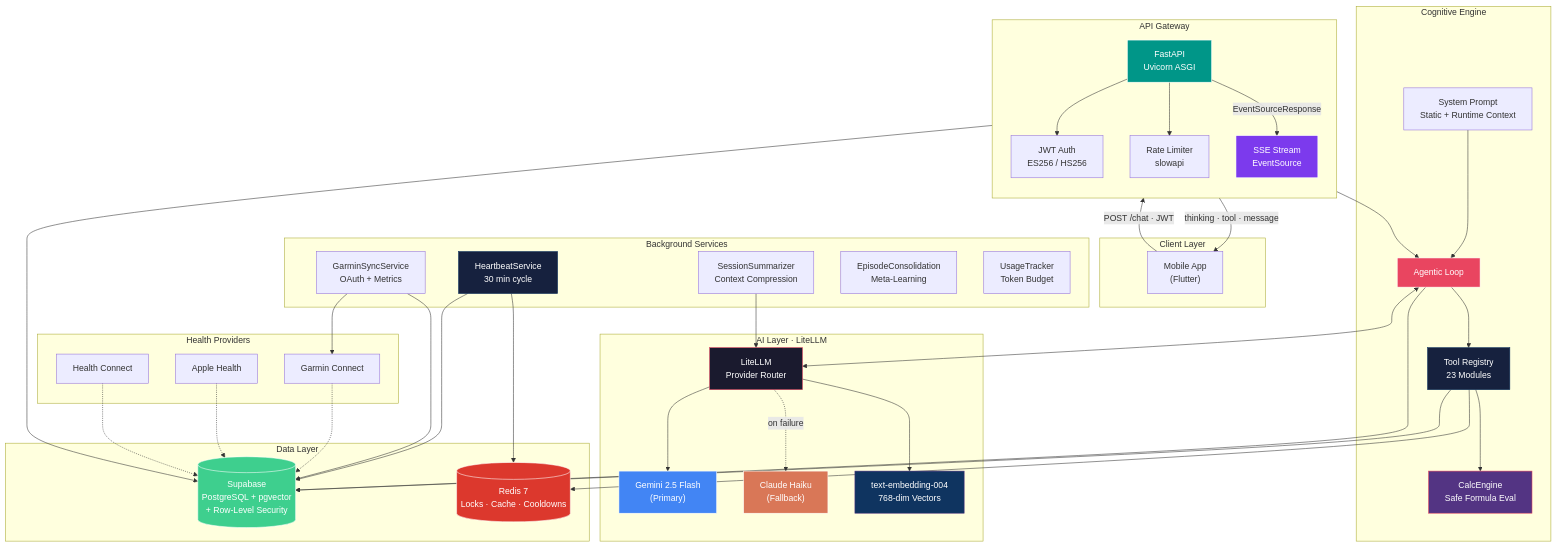
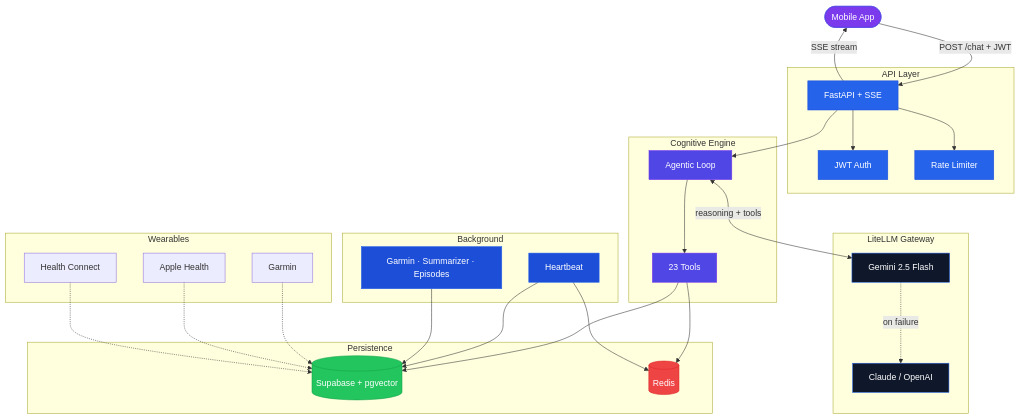
Before and after one commit to RnltLabs/athletly-backend: the first of 9 diagrams in README.md, drawn with Mermaid. The commit also changed other lines of this file, not shown here.

First line of the commit message:
docs: simplify README diagrams, apply Athletly colors, add TOC

````diff
--- a/README.md
+++ b/README.md
@@ -25,91 +45,61 @@
 ```mermaid
 graph TB
-    subgraph Client["Client Layer"]
-        APP["Mobile App<br/>(Flutter)"]
+    APP(["Mobile App"])
+
+    subgraph API["API Layer"]
+        FAST["FastAPI + SSE"]
+        AUTH["JWT Auth"]
+        RATE["Rate Limiter"]
     end
 
-    subgraph Gateway["API Gateway"]
-        direction TB
-        FASTAPI["FastAPI<br/>Uvicorn ASGI"]
-        AUTH["JWT Auth<br/>ES256 / HS256"]
-        RATE["Rate Limiter<br/>slowapi"]
-        SSE["SSE Stream<br/>EventSource"]
+    subgraph Engine["Cognitive Engine"]
+        LOOP["Agentic Loop"]
+        TOOLS["23 Tools"]
     end
 
-    subgraph Core["Cognitive Engine"]
-        LOOP["Agentic Loop"]
-        PROMPT["System Prompt<br/>Static + Runtime Context"]
-        TOOLS["Tool Registry<br/>23 Modules"]
-        CALC["CalcEngine<br/>Safe Formula Eval"]
+    subgraph AI["LiteLLM Gateway"]
+        GEMINI["Gemini 2.5 Flash"]
+        FALLBACK["Claude / OpenAI"]
     end
 
-    subgraph Intelligence["AI Layer · LiteLLM"]
-        LITELLM["LiteLLM<br/>Provider Router"]
-        GEMINI["Gemini 2.5 Flash<br/>(Primary)"]
-        CLAUDE["Claude Haiku<br/>(Fallback)"]
-        EMBED["text-embedding-004<br/>768-dim Vectors"]
+    subgraph Data["Persistence"]
+        SUPA[("Supabase + pgvector")]
+        REDIS[("Redis")]
     end
 
-    subgraph Persistence["Data Layer"]
-        SUPA[("Supabase<br/>PostgreSQL + pgvector<br/>+ Row-Level Security")]
-        REDIS[("Redis 7<br/>Locks · Cache · Cooldowns")]
+    subgraph BG["Background"]
+        HEART["Heartbeat"]
+        SERVICES["Garmin · Summarizer · Episodes"]
     end
 
-    subgraph Workers["Background Services"]
-        HEART["HeartbeatService<br/>30 min cycle"]
-        GARMIN["GarminSyncService<br/>OAuth + Metrics"]
-        SUMMARY["SessionSummarizer<br/>Context Compression"]
-        EPISODE["EpisodeConsolidation<br/>Meta-Learning"]
-        USAGE["UsageTracker<br/>Token Budget"]
-    end
-
-    subgraph Health["Health Providers"]
-        GC["Garmin Connect"]
-        AH["Apple Health"]
+    subgraph Health["Wearables"]
+        GARMIN["Garmin"]
+        APPLE["Apple Health"]
         HC["Health Connect"]
     end
 
-    APP -->|"POST /chat · JWT"| FASTAPI
-    FASTAPI --> AUTH
-    FASTAPI --> RATE
-    FASTAPI -->|"EventSourceResponse"| SSE
-    SSE -->|"thinking · tool · message"| APP
+    APP -->|"POST /chat + JWT"| FAST
+    FAST --> AUTH & RATE
+    FAST -->|"SSE stream"| APP
+    FAST --> LOOP
+    LOOP <-->|"reasoning + tools"| GEMINI
+    GEMINI -.->|"on failure"| FALLBACK
+    LOOP --> TOOLS
+    TOOLS --> SUPA & REDIS
+    HEART --> SUPA & REDIS
+    SERVICES --> SUPA
+    GARMIN & APPLE & HC -.-> SUPA
 
-    FASTAPI --> LOOP
-    LOOP <--> LITELLM
-    LOOP --> TOOLS
-    TOOLS --> CALC
-    PROMPT --> LOOP
-
-    LITELLM --> GEMINI
-    LITELLM -.->|"on failure"| CLAUDE
-    LITELLM --> EMBED
-
-    TOOLS --> SUPA
-    TOOLS --> REDIS
-    LOOP --> SUPA
-    AUTH --> SUPA
-
-    HEART --> SUPA
-    HEART --> REDIS
-    GARMIN --> GC
-    GARMIN --> SUPA
-    SUMMARY --> LITELLM
-
-    GC -.-> SUPA
-    AH -.-> SUPA
-    HC -.-> SUPA
-
-    style FASTAPI fill:#009688,stroke:#fff,color:#fff
-    style LOOP fill:#e94560,stroke:#fff,color:#fff
-    style LITELLM fill:#1a1a2e,stroke:#e94560,color:#fff
-    style GEMINI fill:#4285F4,stroke:#fff,color:#fff
-    style CLAUDE fill:#D97757,stroke:#fff,color:#fff
-    style EMBED fill:#0f3460,stroke:#533483,color:#fff
-    style TOOLS fill:#16213e,stroke:#0f3460,color:#fff
-    style CALC fill:#533483,stroke:#e94560,color:#fff
-    style SUPA fill:#3ECF8E,stroke:#fff,color:#fff
-    style REDIS fill:#DC382D,stroke:#fff,color:#fff
-    style HEART fill:#16213e,stroke:#0f3460,color:#fff
-    style SSE fill:#7C3AED,stroke:#fff,color:#fff
+    style APP fill:#7C3AED,stroke:#4F46E5,color:#fff
+    style FAST fill:#2563EB,stroke:#1D4ED8,color:#fff
+    style AUTH fill:#2563EB,stroke:#1D4ED8,color:#fff
+    style RATE fill:#2563EB,stroke:#1D4ED8,color:#fff
+    style LOOP fill:#4F46E5,stroke:#7C3AED,color:#fff
+    style TOOLS fill:#4F46E5,stroke:#7C3AED,color:#fff
+    style GEMINI fill:#0F172A,stroke:#2563EB,color:#fff
+    style FALLBACK fill:#0F172A,stroke:#2563EB,color:#fff
+    style SUPA fill:#22C55E,stroke:#16A34A,color:#fff
+    style REDIS fill:#EF4444,stroke:#DC2626,color:#fff
+    style HEART fill:#1D4ED8,stroke:#2563EB,color:#fff
+    style SERVICES fill:#1D4ED8,stroke:#2563EB,color:#fff
 ```
````
